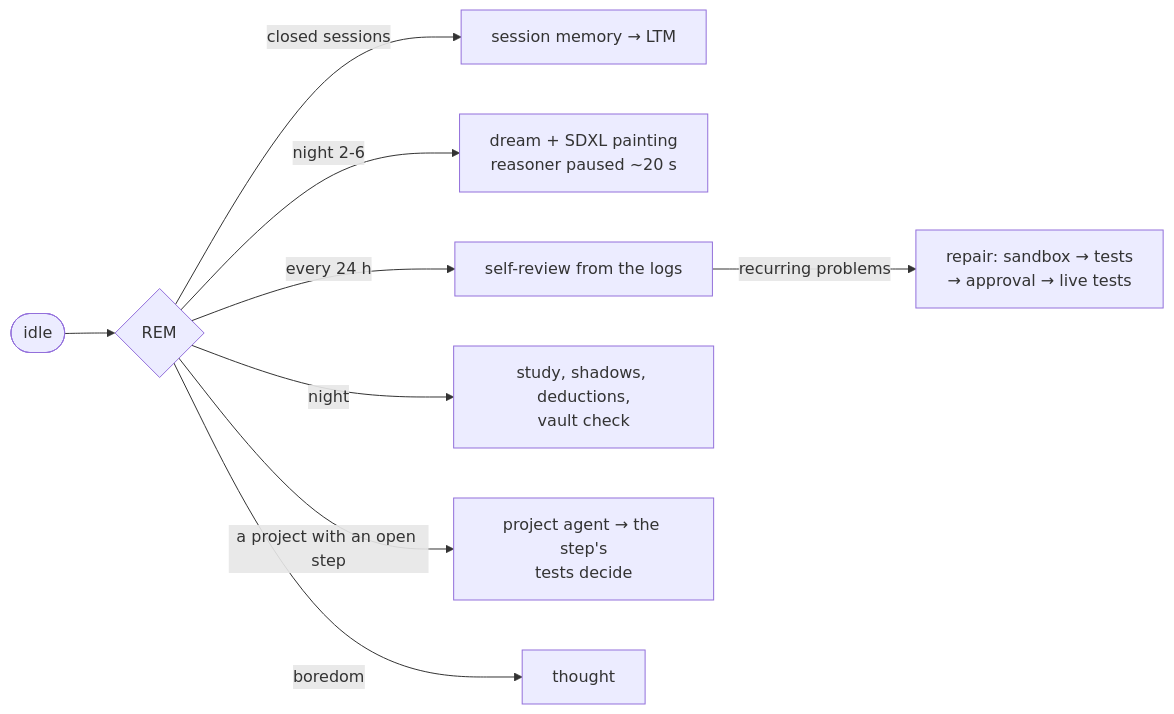
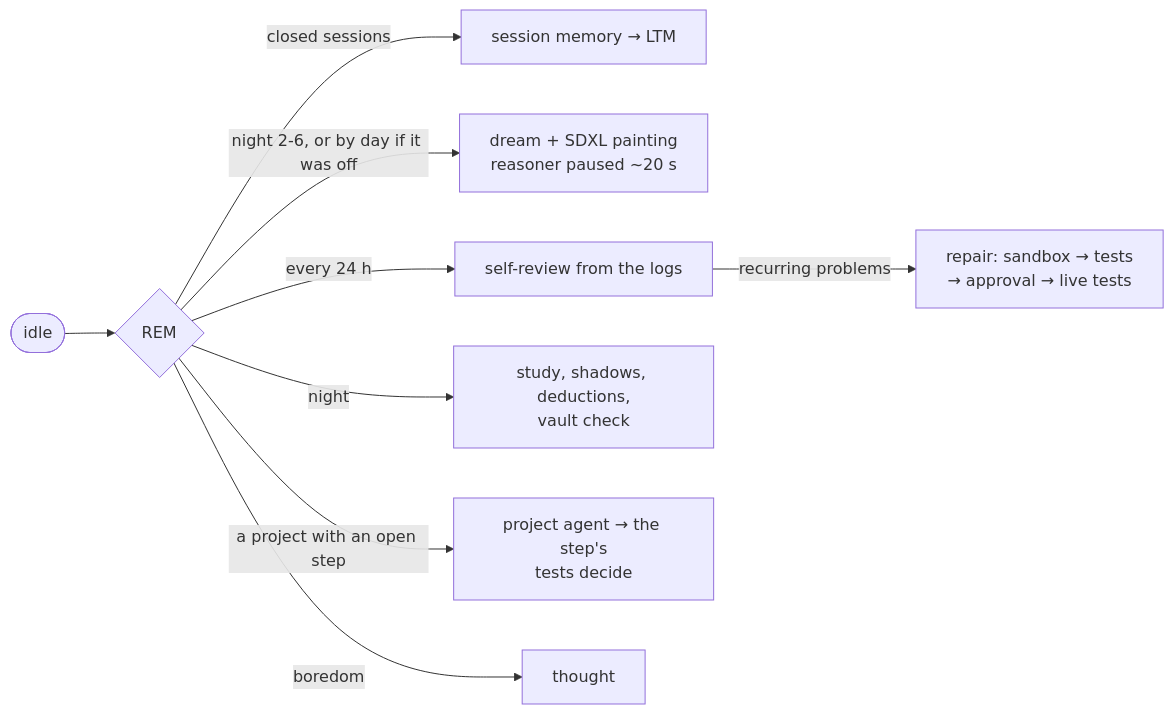
The sixth of 6 diagrams in README.en.md (Soliton0382/A.U.R.O.R.A.), drawn with Mermaid before and after one commit. The commit also changed other lines of this file and 6 other files, not shown here.

````diff
--- a/README.en.md
+++ b/README.en.md
@@ -325,11 +396,11 @@
 ```mermaid
 flowchart LR
   I([idle]) --> C{REM}
   C -- closed sessions --> S[session memory → LTM]
-  C -- night 2-6 --> D[dream + SDXL painting<br/>reasoner paused ~20 s]
+  C -- night 2-6, or by day if it was off --> D[dream + SDXL painting<br/>reasoner paused ~20 s]
   C -- every 24 h --> R[self-review from the logs]
   R -- recurring problems --> P[repair: sandbox → tests<br/>→ approval → live tests]
   C -- night --> N[study, shadows, deductions,<br/>vault check]
   C -- a project with an open step --> J[project agent → the step's<br/>tests decide]
   C -- boredom --> T[thought]
 ```
````
